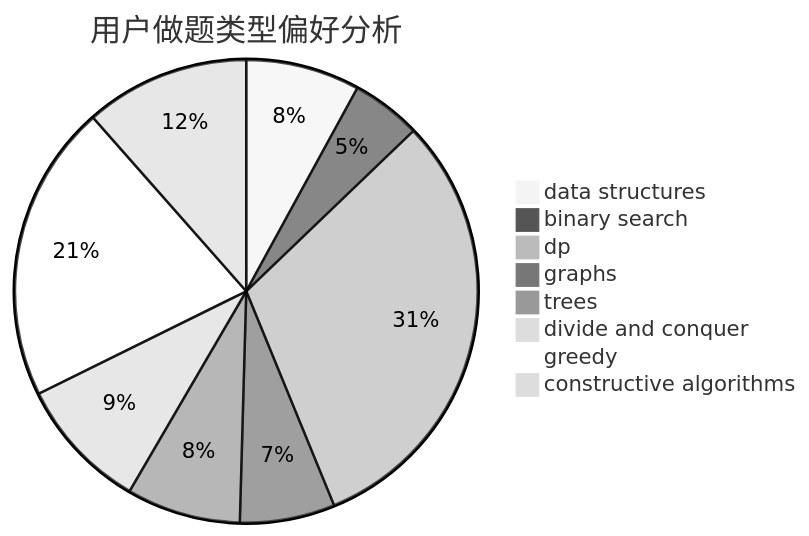
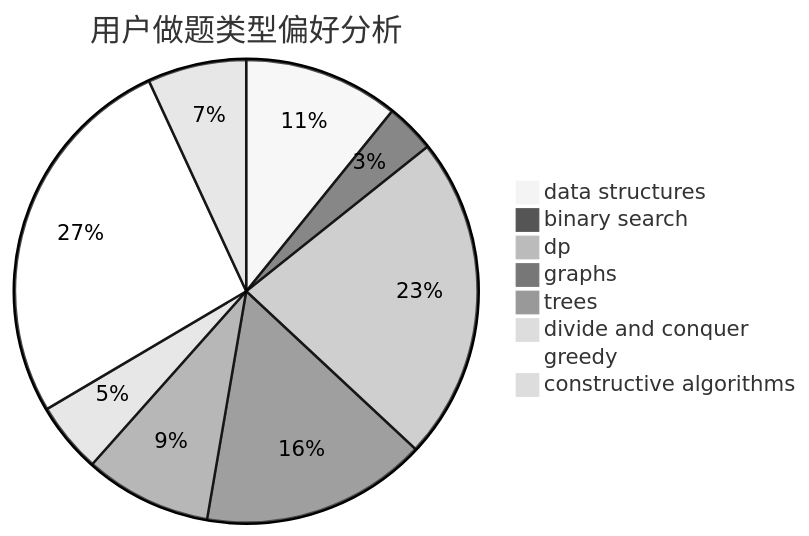
Before and after one commit to sherpahu/cfrs.github.io: the second of 3 diagrams in docs/user/u2530.md, drawn with Mermaid (neutral theme). The commit also changed other lines of this file and 2770 other files, not shown here.

````diff
--- a/docs/user/u2530.md
+++ b/docs/user/u2530.md
@@ -23,11 +23,11 @@
 ```mermaid
 pie title 用户做题类型偏好分析
-    "data structures" :  18
-    "binary search" :  11
-    "dp" :  70
-    "graphs" :  15
+    "data structures" :  22
+    "binary search" :  7
+    "dp" :  46
+    "graphs" :  32
     "trees" :  18
-    "divide and conquer" :  21
-    "greedy" :  47
-    "constructive algorithms" :  26
+    "divide and conquer" :  10
+    "greedy" :  54
+    "constructive algorithms" :  14
 ```
````
